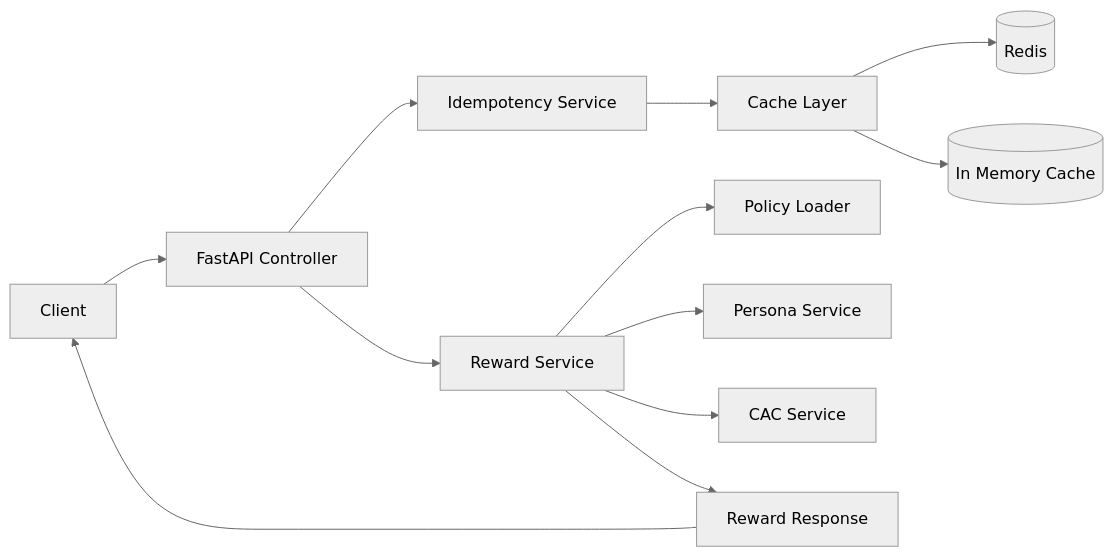
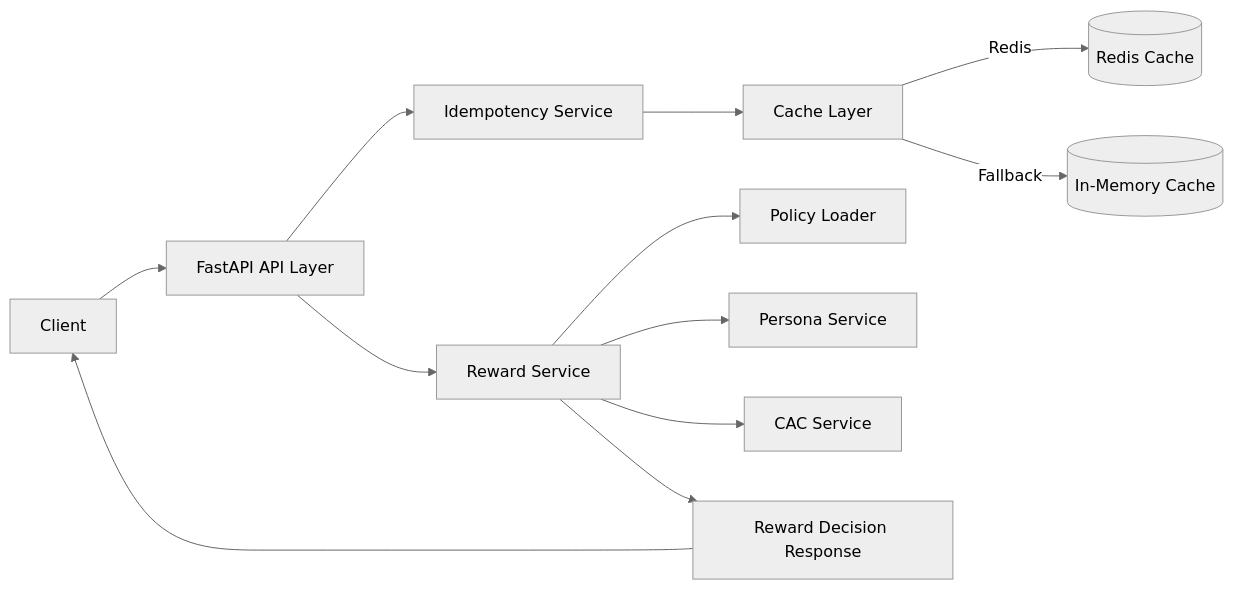
One commit to donjoy97/reward-service changed the diagram in README.md. Above: the diagram before and after it, drawn with Mermaid (neutral theme). The commit also changed other lines of this file, not shown here.

````diff
--- a/README.md
+++ b/README.md
@@ -21,22 +8,18 @@
 ```mermaid
 flowchart LR
 
-Client --> API[FastAPI Controller]
+A[Client] --> B[FastAPI API Layer]
+B --> C[Idempotency Service]
+C --> D[Cache Layer]
 
-API --> IDEMPOTENCY[Idempotency Service]
+B --> E[Reward Service]
+E --> F[Policy Loader]
+E --> G[Persona Service]
+E --> H[CAC Service]
 
-IDEMPOTENCY --> CACHE[Cache Layer]
+D -->|Redis| I[(Redis Cache)]
+D -->|Fallback| J[(In‑Memory Cache)]
 
-API --> REWARD[Reward Service]
-
-REWARD --> POLICY[Policy Loader]
-REWARD --> PERSONA[Persona Service]
-REWARD --> CAC[CAC Service]
-
-CACHE --> REDIS[(Redis)]
-CACHE --> MEMORY[(In Memory Cache)]
-
-REWARD --> RESPONSE[Reward Response]
-
-RESPONSE --> Client
+E --> K[Reward Decision Response]
+K --> A
 ```
````
